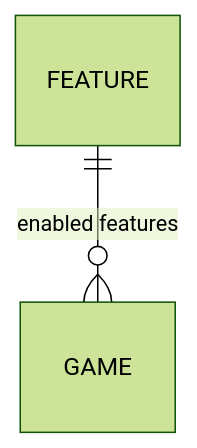
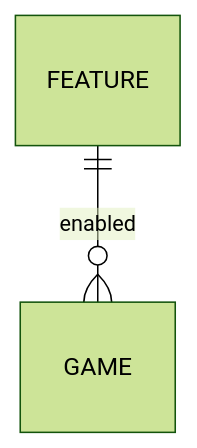
The diagram in packages/game-journal-services/README.md (carloscasalar/game-companions), drawn with Mermaid (forest theme) before and after one commit.

Commit message:
docs: fix mermaid diagram

````diff
--- a/packages/game-journal-services/README.md
+++ b/packages/game-journal-services/README.md
@@ -9,4 +9,6 @@
 ```mermaid
+
 erDiagram
-        FEATURE ||--o{ GAME : "enabled features"
+
+    FEATURE ||--o{ GAME : enabled
 ```
````
